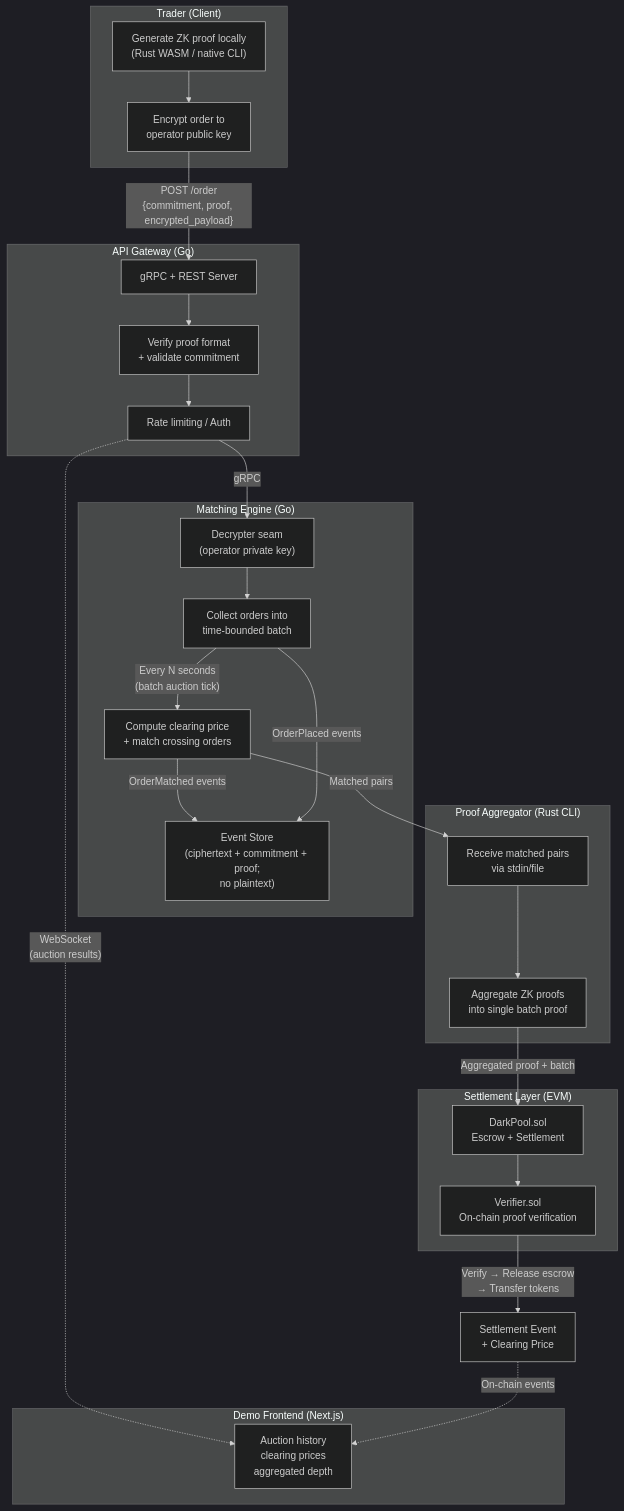
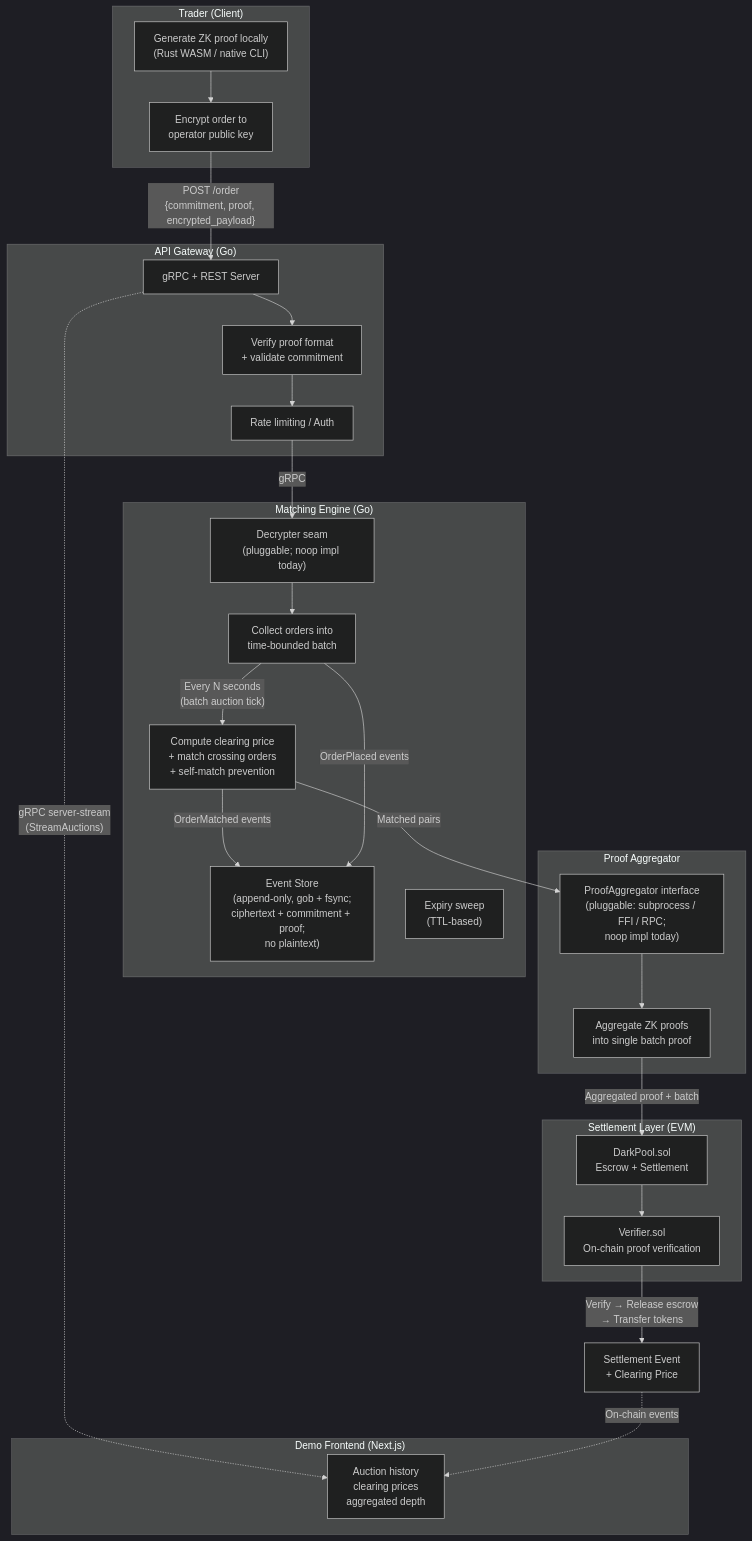
Before and after one commit to Dnreikronos/DarkPool-Exchange: the diagram in README.md, drawn with Mermaid (dark theme). The commit also changed other lines of this file and 26 other files, not shown here.

````diff
--- a/README.md
+++ b/README.md
@@ -35,51 +35,52 @@
 ```mermaid
 flowchart TB
     subgraph Client["Trader (Client)"]
         A1["Generate ZK proof locally\n(Rust WASM / native CLI)"]
         A2["Encrypt order to\noperator public key"]
     end
 
     subgraph API["API Gateway (Go)"]
         B["gRPC + REST Server"]
         B1["Verify proof format\n+ validate commitment"]
         B2["Rate limiting / Auth"]
     end
 
     subgraph Engine["Matching Engine (Go)"]
-        C["Decrypter seam\n(operator private key)"]
+        C["Decrypter seam\n(pluggable; noop impl today)"]
         D["Collect orders into\ntime-bounded batch"]
-        D2["Compute clearing price\n+ match crossing orders"]
-        ES["Event Store\n(ciphertext + commitment + proof;\nno plaintext)"]
+        D2["Compute clearing price\n+ match crossing orders\n+ self-match prevention"]
+        ES["Event Store\n(append-only, gob + fsync;\nciphertext + commitment + proof;\nno plaintext)"]
+        EX["Expiry sweep\n(TTL-based)"]
     end
 
-    subgraph Aggregator["Proof Aggregator (Rust CLI)"]
-        F["Receive matched pairs\nvia stdin/file"]
+    subgraph Aggregator["Proof Aggregator"]
+        F["ProofAggregator interface\n(pluggable: subprocess / FFI / RPC;\nnoop impl today)"]
         G["Aggregate ZK proofs\ninto single batch proof"]
     end
 
     subgraph Contracts["Settlement Layer (EVM)"]
         H["DarkPool.sol\nEscrow + Settlement"]
         I["Verifier.sol\nOn-chain proof verification"]
     end
 
     subgraph Frontend["Demo Frontend (Next.js)"]
         J["Auction history\nclearing prices\naggregated depth"]
     end
 
     A1 --> A2
     A2 -- "POST /order\n{commitment, proof, encrypted_payload}" --> B
     B --> B1 --> B2
     B2 -- "gRPC" --> C
     C --> D
     D -- "Every N seconds\n(batch auction tick)" --> D2
     D2 -- "OrderMatched events" --> ES
     D -- "OrderPlaced events" --> ES
     D2 -- "Matched pairs" --> F
     F --> G
     G -- "Aggregated proof + batch" --> H
     H --> I
     I -- "Verify → Release escrow\n→ Transfer tokens" --> K["Settlement Event\n+ Clearing Price"]
 
-    B2 -. "WebSocket\n(auction results)" .-> J
+    B -. "gRPC server-stream\n(StreamAuctions)" .-> J
     K -. "On-chain events" .-> J
 ```
````
